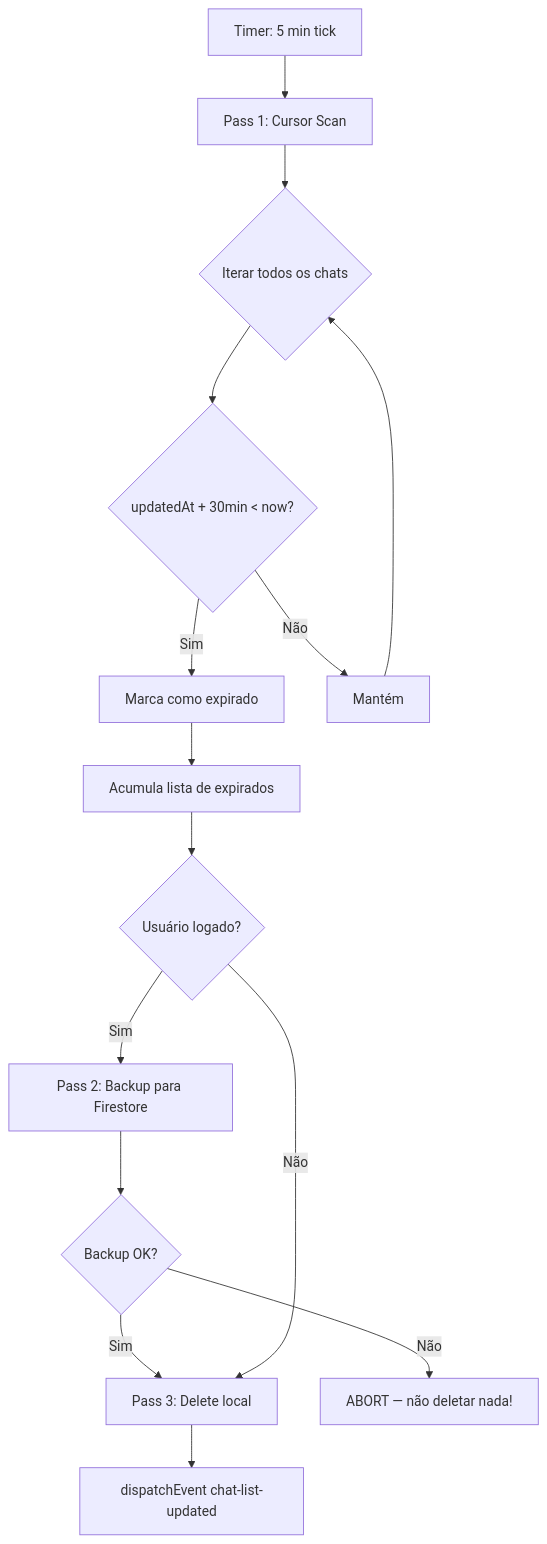
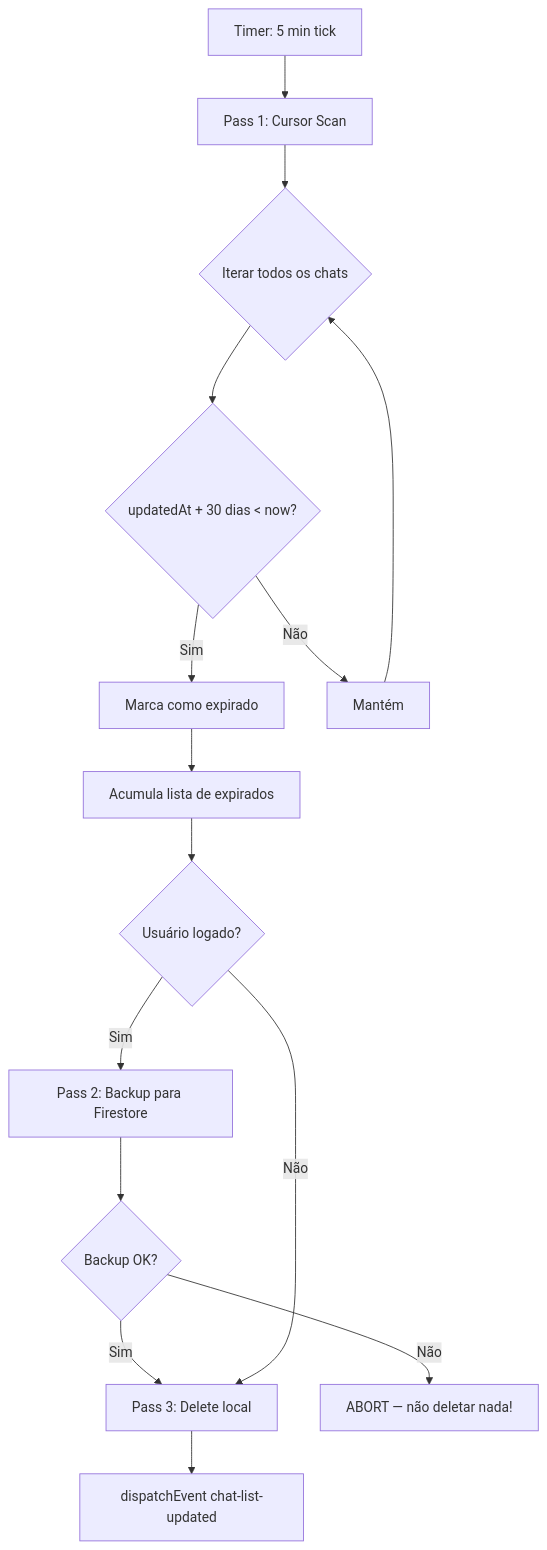
Before and after one commit to TouchRefletz/maia.edu: the diagram in docs/memoria/cleanup.md, drawn with Mermaid. The commit also changed other lines of this file and 10 other files, not shown here.

````diff
--- a/docs/memoria/cleanup.md
+++ b/docs/memoria/cleanup.md
@@ -48,18 +44,18 @@
 ```mermaid
 flowchart TD
     A[Timer: 5 min tick] --> B[Pass 1: Cursor Scan]
     B --> C{Iterar todos os chats}
-    C --> D{updatedAt + 30min < now?}
+    C --> D{updatedAt + 30 dias < now?}
     D -- Sim --> E[Marca como expirado]
     D -- Não --> F[Mantém]
     E --> G[Acumula lista de expirados]
     F --> C
 
     G --> H{Usuário logado?}
     H -- Sim --> I[Pass 2: Backup para Firestore]
     I --> J{Backup OK?}
     J -- Sim --> K[Pass 3: Delete local]
     J -- Não --> L[ABORT — não deletar nada!]
     H -- Não --> K
     K --> M[dispatchEvent chat-list-updated]
 ```
````
